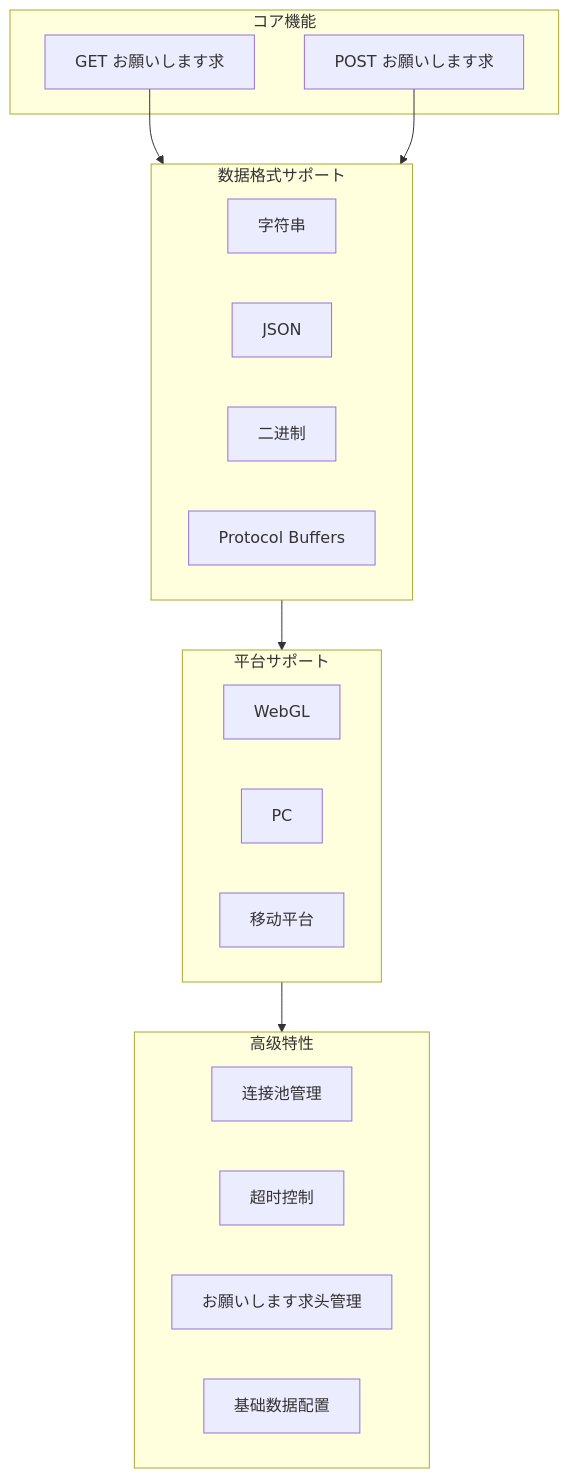
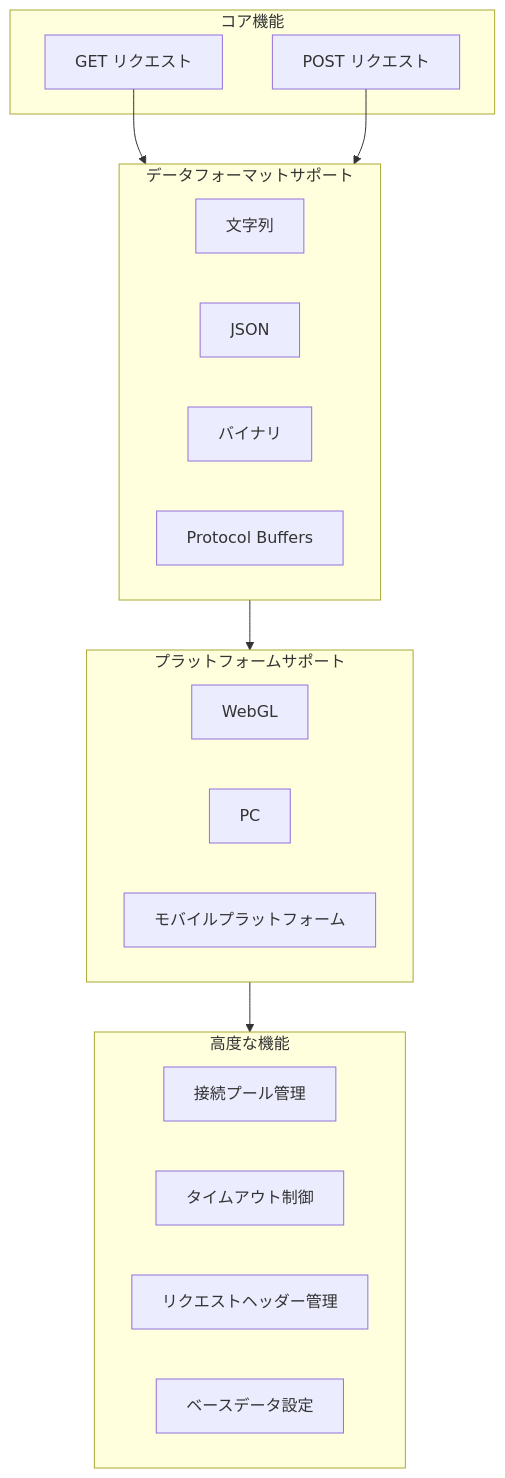
Before and after one commit to AlianBlank/GameFrameX.Docs: the first of 3 diagrams in docs/ja/client/unity/component/web/01.overview.md, drawn with Mermaid. The commit also changed other lines of this file and 320 other files, not shown here.

````diff
--- a/docs/ja/client/unity/component/web/01.overview.md
+++ b/docs/ja/client/unity/component/web/01.overview.md
@@ -24,32 +24,32 @@
 ```mermaid
 flowchart TD
     subgraph Core["コア機能"]
-        GET[GET お願いします求]
-        POST[POST お願いします求]
+        GET[GET リクエスト]
+        POST[POST リクエスト]
     end
 
-    subgraph DataFormat["数据格式サポート"]
-        STR[字符串]
+    subgraph DataFormat["データフォーマットサポート"]
+        STR[文字列]
         JSON[JSON]
-        BINARY[二进制]
+        BINARY[バイナリ]
         PROTO[Protocol Buffers]
     end
 
-    subgraph Platform["平台サポート"]
+    subgraph Platform["プラットフォームサポート"]
         WEBGL[WebGL]
         PC[PC]
-        MOBILE[移动平台]
+        MOBILE[モバイルプラットフォーム]
     end
 
-    subgraph Advanced["高级特性"]
-        POOL[连接池管理]
-        TIMEOUT[超时控制]
-        HEADER[お願いします求头管理]
-        BASEDATA[基础数据配置]
+    subgraph Advanced["高度な機能"]
+        POOL[接続プール管理]
+        TIMEOUT[タイムアウト制御]
+        HEADER[リクエストヘッダー管理]
+        BASEDATA[ベースデータ設定]
     end
 
     GET --> DataFormat
     POST --> DataFormat
     DataFormat --> Platform
     Platform --> Advanced
 ```
````
